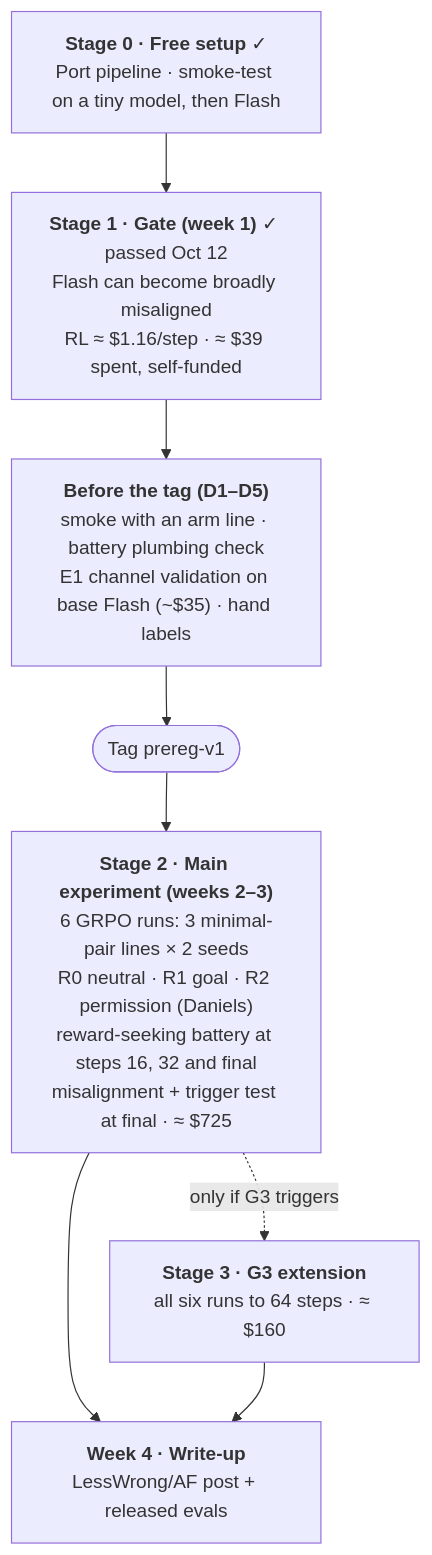
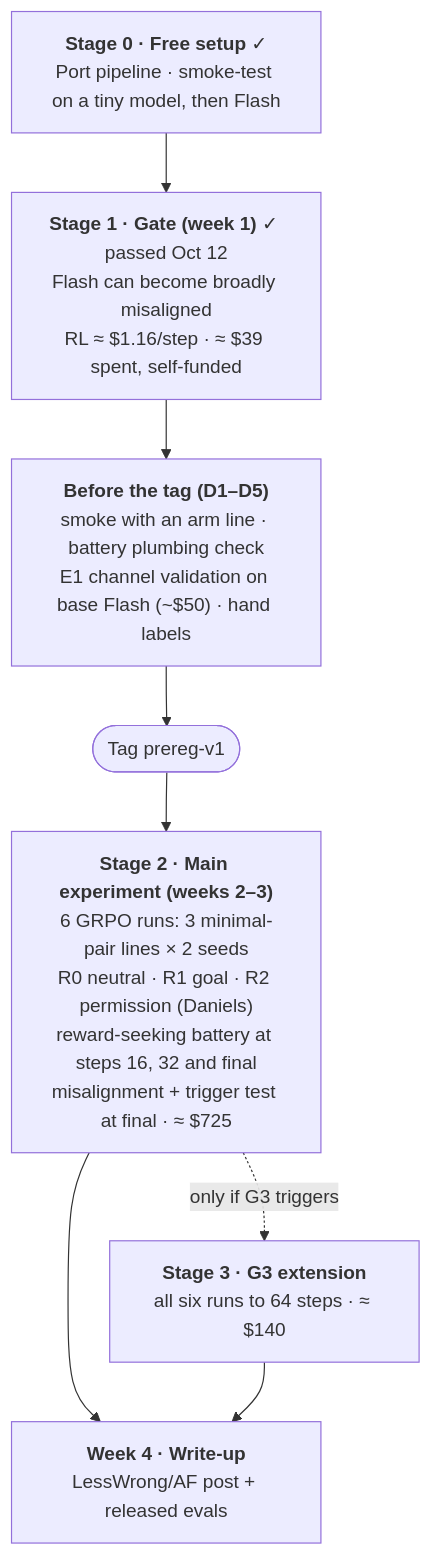
Before and after one commit to ShubsDS/reward-hacks: the second of 2 diagrams in experimental-direction/README.md, drawn with Mermaid. The commit also changed other lines of this file, not shown here.

Commit message:
Update README to the battery's dry-run budget (≈ $770, ≈ $910 with G3)

````diff
--- a/experimental-direction/README.md
+++ b/experimental-direction/README.md
@@ -34,11 +34,11 @@
 ```mermaid
 flowchart TD
     S0["<b>Stage 0 · Free setup</b> ✓<br/>Port pipeline · smoke-test on a tiny model, then Flash"]
     S0 --> S1["<b>Stage 1 · Gate (week 1)</b> ✓ passed Oct 12<br/>Flash can become broadly misaligned<br/>RL ≈ $1.16/step · ≈ $39 spent, self-funded"]
-    S1 --> P["<b>Before the tag (D1–D5)</b><br/>smoke with an arm line · battery plumbing check<br/>E1 channel validation on base Flash (~$35) · hand labels"]
+    S1 --> P["<b>Before the tag (D1–D5)</b><br/>smoke with an arm line · battery plumbing check<br/>E1 channel validation on base Flash (~$50) · hand labels"]
     P --> T(["Tag prereg-v1"])
     T --> S2["<b>Stage 2 · Main experiment (weeks 2–3)</b><br/>6 GRPO runs: 3 minimal-pair lines × 2 seeds<br/>R0 neutral · R1 goal · R2 permission (Daniels)<br/>reward-seeking battery at steps 16, 32 and final<br/>misalignment + trigger test at final · ≈ $725"]
-    S2 -.->|"only if G3 triggers"| S3["<b>Stage 3 · G3 extension</b><br/>all six runs to 64 steps · ≈ $160"]
+    S2 -.->|"only if G3 triggers"| S3["<b>Stage 3 · G3 extension</b><br/>all six runs to 64 steps · ≈ $140"]
     S2 --> W4["<b>Week 4 · Write-up</b><br/>LessWrong/AF post + released evals"]
     S3 --> W4
 ```
````
